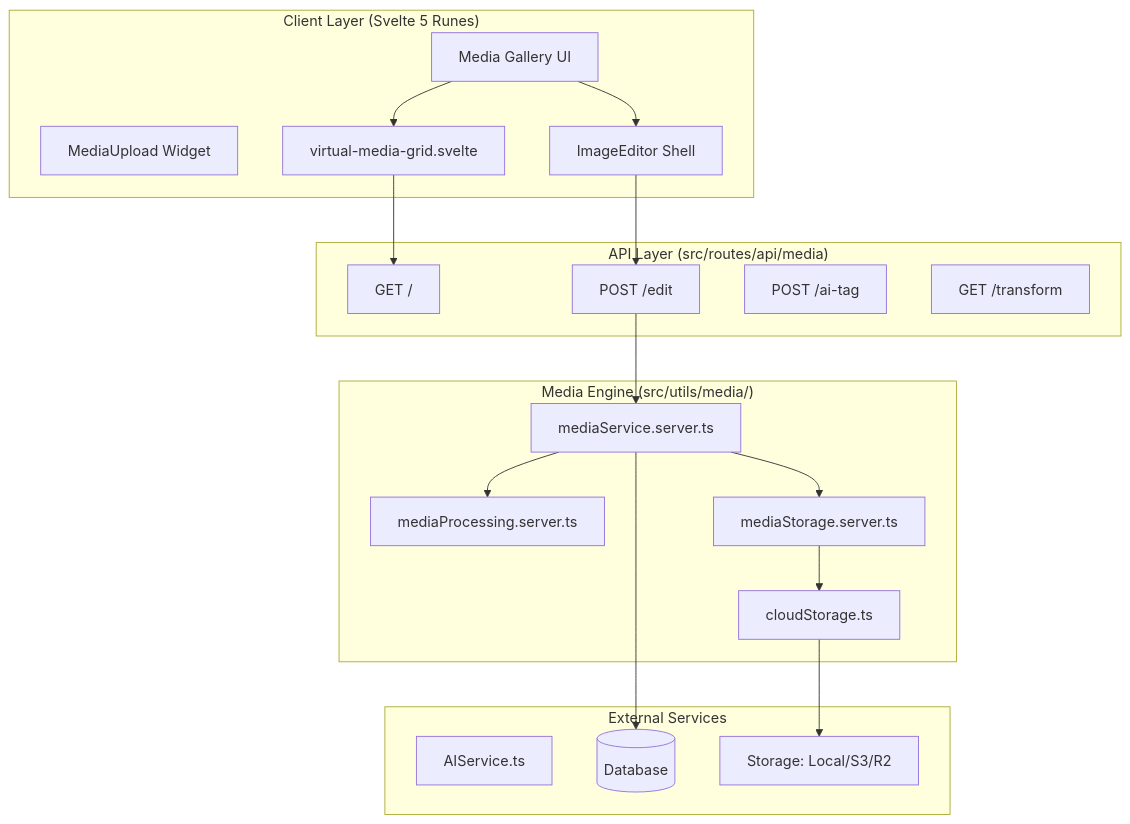
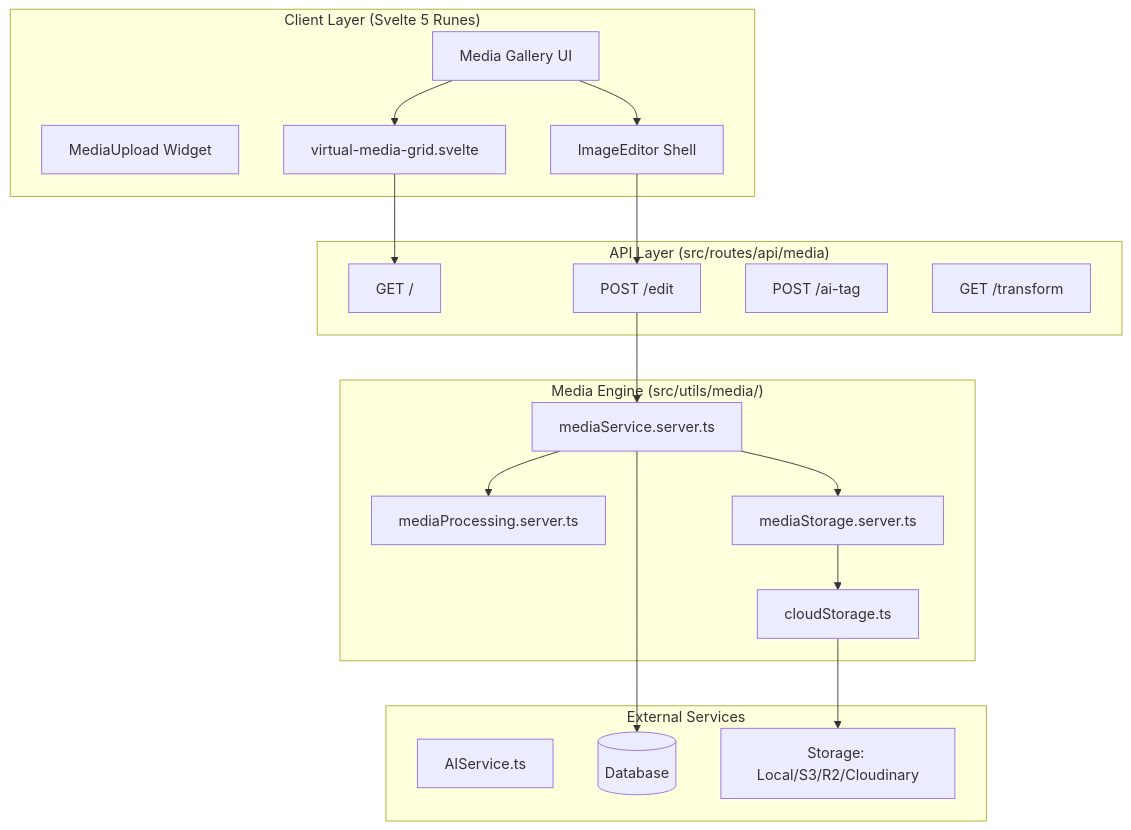
One commit to TamoorArif/SveltyCMS changed the first of 2 diagrams in docs/architecture/media-system.mdx. Above: the diagram before and after it, drawn with Mermaid. The commit also changed other lines of this file and 20 other files, not shown here.

Commit message:
feat: Implement multi-cloud media storage with local AI tagging, add `cn`, `pluralize`, and `slugify` utilities, and update related documentation.

````diff
--- a/docs/architecture/media-system.mdx
+++ b/docs/architecture/media-system.mdx
@@ -27,40 +28,40 @@
 ```mermaid
 graph TB
     subgraph "Client Layer (Svelte 5 Runes)"
         UI[Media Gallery UI]
         UW[MediaUpload Widget]
         VGRID[virtual-media-grid.svelte]
         EDITOR[ImageEditor Shell]
     end
 
     subgraph "API Layer (src/routes/api/media)"
         API1[GET /]
         API2[POST /edit]
         API3[POST /ai-tag]
         API4[GET /transform]
     end
 
     subgraph "Media Engine (src/utils/media/)"
         MS[mediaService.server.ts]
         MPS[mediaProcessing.server.ts]
         MST[mediaStorage.server.ts]
         CS[cloudStorage.ts]
     end
 
     subgraph "External Services"
         AIS[AIService.ts]
         DB[(Database)]
-        STORE[Storage: Local/S3/R2]
+        STORE[Storage: Local/S3/R2/Cloudinary]
     end
 
     UI --> VGRID
     VGRID --> API1
     UI --> EDITOR
     EDITOR --> API2
     API2 --> MS
     MS --> MPS
     MS --> MST
     MST --> CS
     MS --> DB
     CS --> STORE
 ```
````
